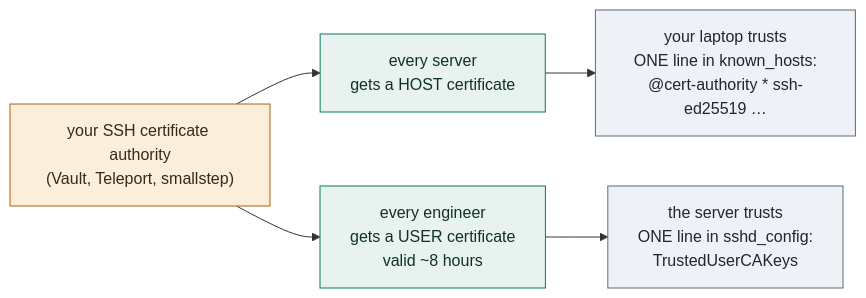
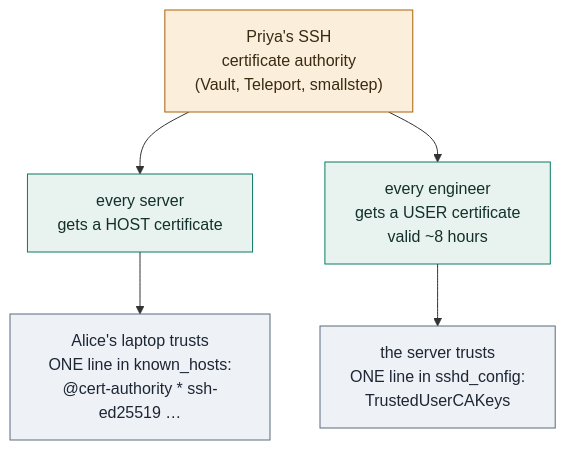
Before and after one commit to ravivarmachaluvadi/Learning: the third of 4 diagrams in 15-ssh/README.md, drawn with Mermaid. The commit also changed other lines of this file, not shown here.

First line of the commit message:
Rewrite ssh for delivery

````diff
--- a/15-ssh/README.md
+++ b/15-ssh/README.md
@@ -775,14 +1187,14 @@
 ```mermaid
-flowchart LR
-  CA["your SSH certificate authority<br/>(Vault, Teleport, smallstep)"]:::ca
+flowchart TD
+  CA["Priya's SSH<br/>certificate authority<br/>(Vault, Teleport, smallstep)"]:::ca
   H["every server<br/>gets a HOST certificate"]:::h
   U["every engineer<br/>gets a USER certificate<br/>valid ~8 hours"]:::u
-  L["your laptop trusts<br/>ONE line in known_hosts:<br/>@cert-authority * ssh-ed25519 …"]:::l
+  L["Alice's laptop trusts<br/>ONE line in known_hosts:<br/>@cert-authority * ssh-ed25519 …"]:::l
   S["the server trusts<br/>ONE line in sshd_config:<br/>TrustedUserCAKeys"]:::l
   CA --> H --> L
   CA --> U --> S
   classDef ca fill:#fbeedb,stroke:#A96206,color:#3a2a10
   classDef h fill:#e8f2ef,stroke:#0B7A63,color:#12312a
   classDef u fill:#e8f2ef,stroke:#0B7A63,color:#12312a
   classDef l fill:#eef1f6,stroke:#5b6b7d,color:#1d2733
 ```
````
